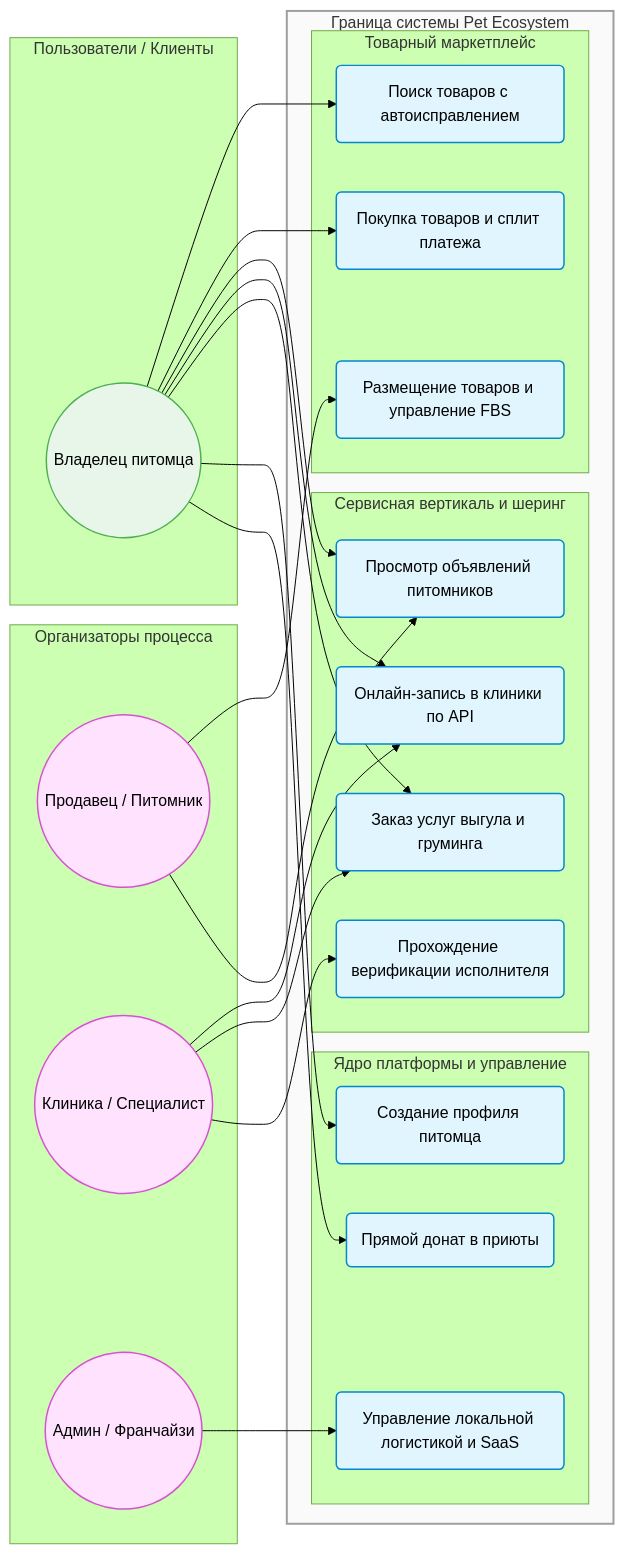
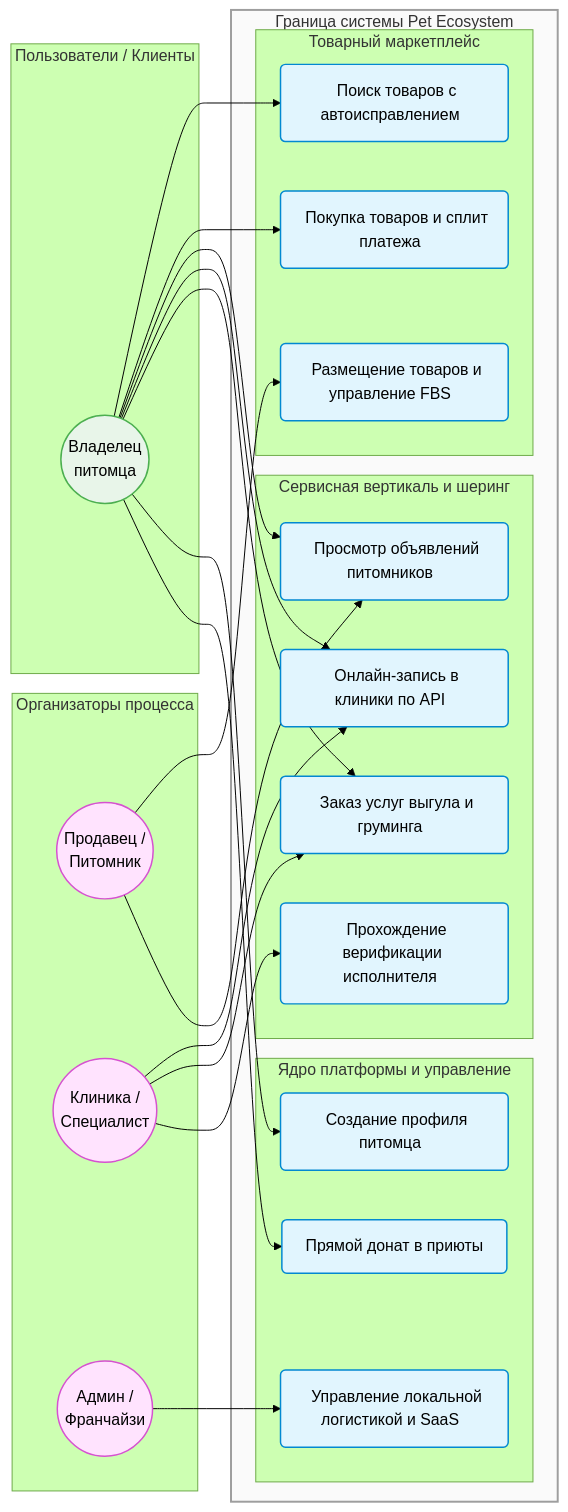
One commit to Hiken333/zoo_market changed the second of 2 diagrams in README.md. Above: the diagram before and after it, drawn with Mermaid (forest theme).

Commit message:
update: Исправил отображение системы.

````diff
--- a/README.md
+++ b/README.md
@@ -87,61 +87,62 @@
 ```mermaid
 flowchart LR
     subgraph Client_Side [Пользователи / Клиенты]
-        A1((Владелец питомца))
+        A1((Владелец<br/>питомца))
     end
 
     subgraph Process_Owners [Организаторы процесса]
-        A2((Продавец / Питомник))
-        A3((Клиника / Специалист))
-        A4((Админ / Франчайзи))
+        A2((Продавец /<br/>Питомник))
+        A3((Клиника /<br/>Специалист))
+        A4((Админ /<br/>Франчайзи))
     end
 
     subgraph Platform [Граница системы Pet Ecosystem]
         subgraph UC_Goods [Товарный маркетплейс]
-            UC1(Поиск товаров с автоисправлением)
-            UC2(Покупка товаров и сплит платежа)
-            UC3(Размещение товаров и управление FBS)
+            UC1("&nbsp;&nbsp;Поиск товаров с автоисправлением&nbsp;&nbsp;")
+            UC2("&nbsp;&nbsp;Покупка товаров и сплит платежа&nbsp;&nbsp;")
+            UC3("&nbsp;&nbsp;Размещение товаров и управление FBS&nbsp;&nbsp;")
         end
         
         subgraph UC_Services [Сервисная вертикаль и шеринг]
-            UC4(Просмотр объявлений питомников)
-            UC5(Онлайн-запись в клиники по API)
-            UC6(Заказ услуг выгула и груминга)
-            UC7(Прохождение верификации исполнителя)
+            UC4("&nbsp;&nbsp;Просмотр объявлений питомников&nbsp;&nbsp;")
+            UC5("&nbsp;&nbsp;Онлайн-запись в клиники по API&nbsp;&nbsp;")
+            UC6("&nbsp;&nbsp;Заказ услуг выгула и груминга&nbsp;&nbsp;")
+            UC7("&nbsp;&nbsp;Прохождение верификации исполнителя&nbsp;&nbsp;")
         end
 
         subgraph UC_Core [Ядро платформы и управление]
-            UC8(Создание профиля питомца)
-            UC9(Прямой донат в приюты)
-            UC10(Управление локальной логистикой и SaaS)
+            UC8("&nbsp;&nbsp;Создание профиля питомца&nbsp;&nbsp;")
+            UC9("&nbsp;&nbsp;Прямой донат в приюты&nbsp;&nbsp;")
+            UC10("&nbsp;&nbsp;Управление локальной логистикой и SaaS&nbsp;&nbsp;")
         end
     end
 
     %% Взаимодействия конечных пользователей
     A1 --> UC1
     A1 --> UC2
     A1 --> UC4
     A1 --> UC5
     A1 --> UC6
     A1 --> UC8
     A1 --> UC9
 
     %% Взаимодействия организаторов процесса
     A2 --> UC3
     A2 --> UC4
 
     A3 --> UC5
     A3 --> UC6
     A3 --> UC7
 
     A4 --> UC10
 
     classDef client fill:#E8F5E9,stroke:#4CAF50,stroke-width:1.5px;
     classDef owner fill:#FFE3FE,stroke:#D652D0,stroke-width:1.5px;
     classDef usecase fill:#E1F5FE,stroke:#0288D1,stroke-width:1.5px;
     
     class A1 client;
     class A2,A3,A4 owner;
     class UC1,UC2,UC3,UC4,UC5,UC6,UC7,UC8,UC9,UC10 usecase;
     style Platform fill:#FAFAFA,stroke:#9E9E9E,stroke-width:2px;
+
 ```
````
